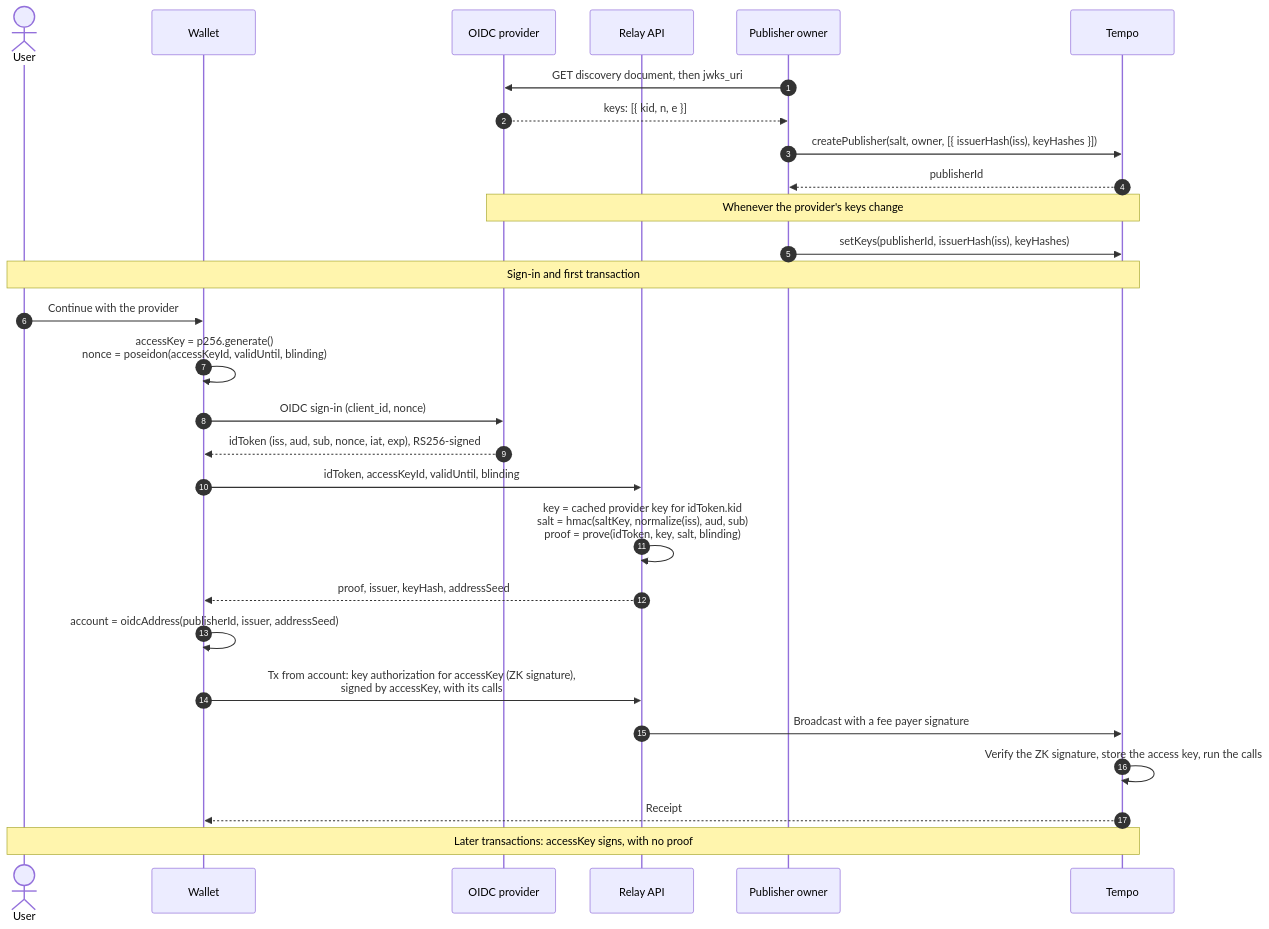
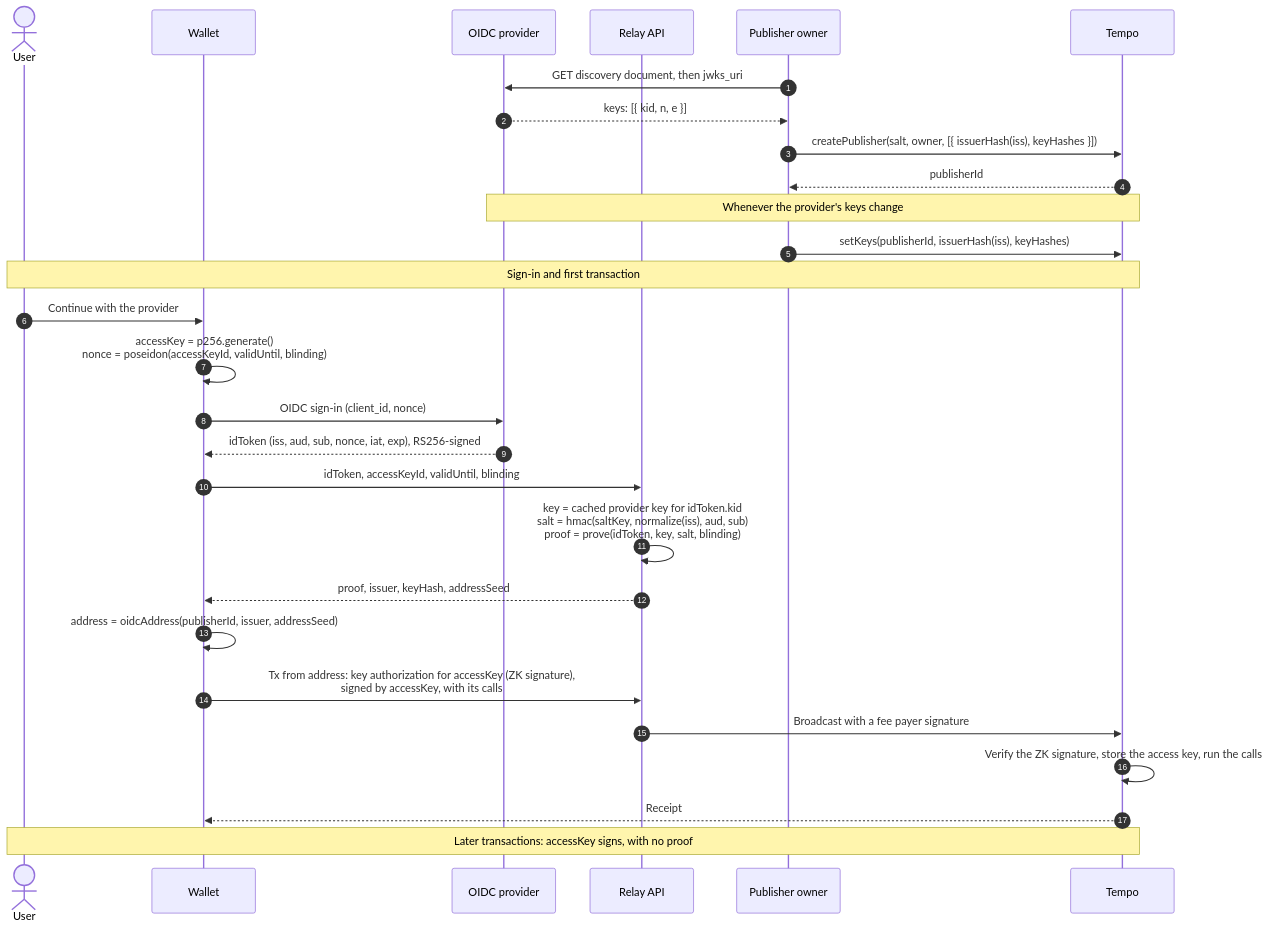
The diagram in tips/tip-1130.md (tempoxyz/tempo), drawn with Mermaid before and after one commit. The commit also changed other lines of this file, not shown here.

First line of the commit message:
docs(tip-1130): rename OIDC accounts to OIDC signers

````diff
--- a/tips/tip-1130.md
+++ b/tips/tip-1130.md
@@ -98,34 +98,34 @@
 ```mermaid
 sequenceDiagram
     autonumber
     actor U as User
     participant W as Wallet
     participant A as OIDC provider
     participant R as Relay API
     participant P as Publisher owner
     participant T as Tempo
 
     P->>A: GET discovery document, then jwks_uri
     A-->>P: keys: [{ kid, n, e }]
     P->>T: createPublisher(salt, owner, [{ issuerHash(iss), keyHashes }])
     T-->>P: publisherId
 
     Note over A,T: Whenever the provider's keys change
     P->>T: setKeys(publisherId, issuerHash(iss), keyHashes)
 
     Note over U,T: Sign-in and first transaction
     U->>W: Continue with the provider
     W->>W: accessKey = p256.generate()<br/>nonce = poseidon(accessKeyId, validUntil, blinding)
     W->>A: OIDC sign-in (client_id, nonce)
     A-->>W: idToken (iss, aud, sub, nonce, iat, exp), RS256-signed
     W->>R: idToken, accessKeyId, validUntil, blinding
     R->>R: key = cached provider key for idToken.kid<br/>salt = hmac(saltKey, normalize(iss), aud, sub)<br/>proof = prove(idToken, key, salt, blinding)
     R-->>W: proof, issuer, keyHash, addressSeed
-    W->>W: account = oidcAddress(publisherId, issuer, addressSeed)
-    W->>R: Tx from account: key authorization for accessKey (ZK signature),<br/>signed by accessKey, with its calls
+    W->>W: address = oidcAddress(publisherId, issuer, addressSeed)
+    W->>R: Tx from address: key authorization for accessKey (ZK signature),<br/>signed by accessKey, with its calls
     R->>T: Broadcast with a fee payer signature
     T->>T: Verify the ZK signature, store the access key, run the calls
     T-->>W: Receipt
 
     Note over U,T: Later transactions: accessKey signs, with no proof
 ```
````
